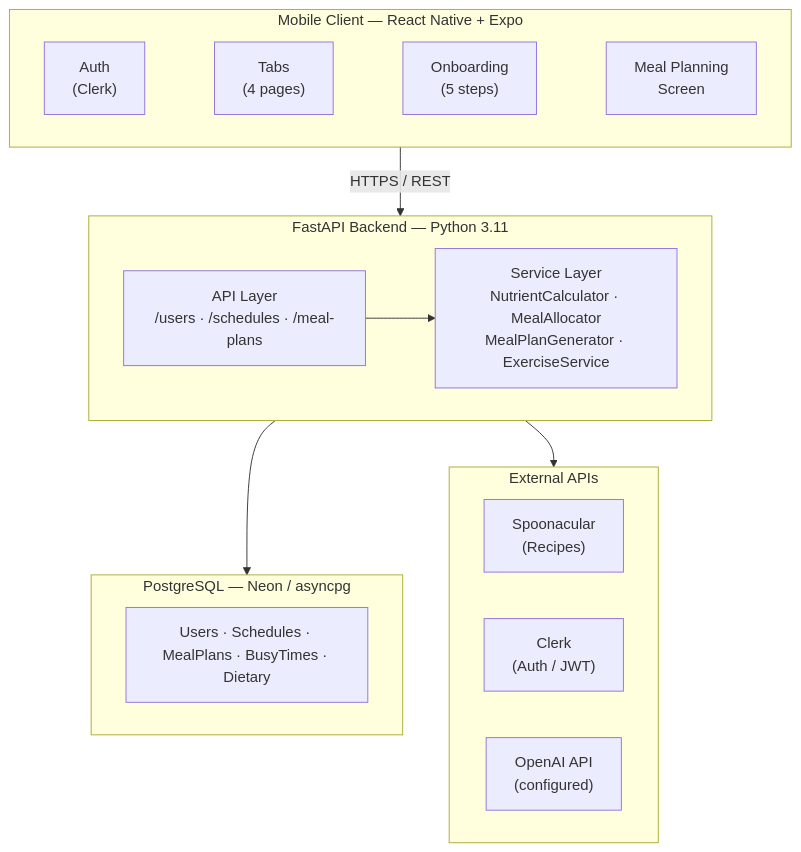
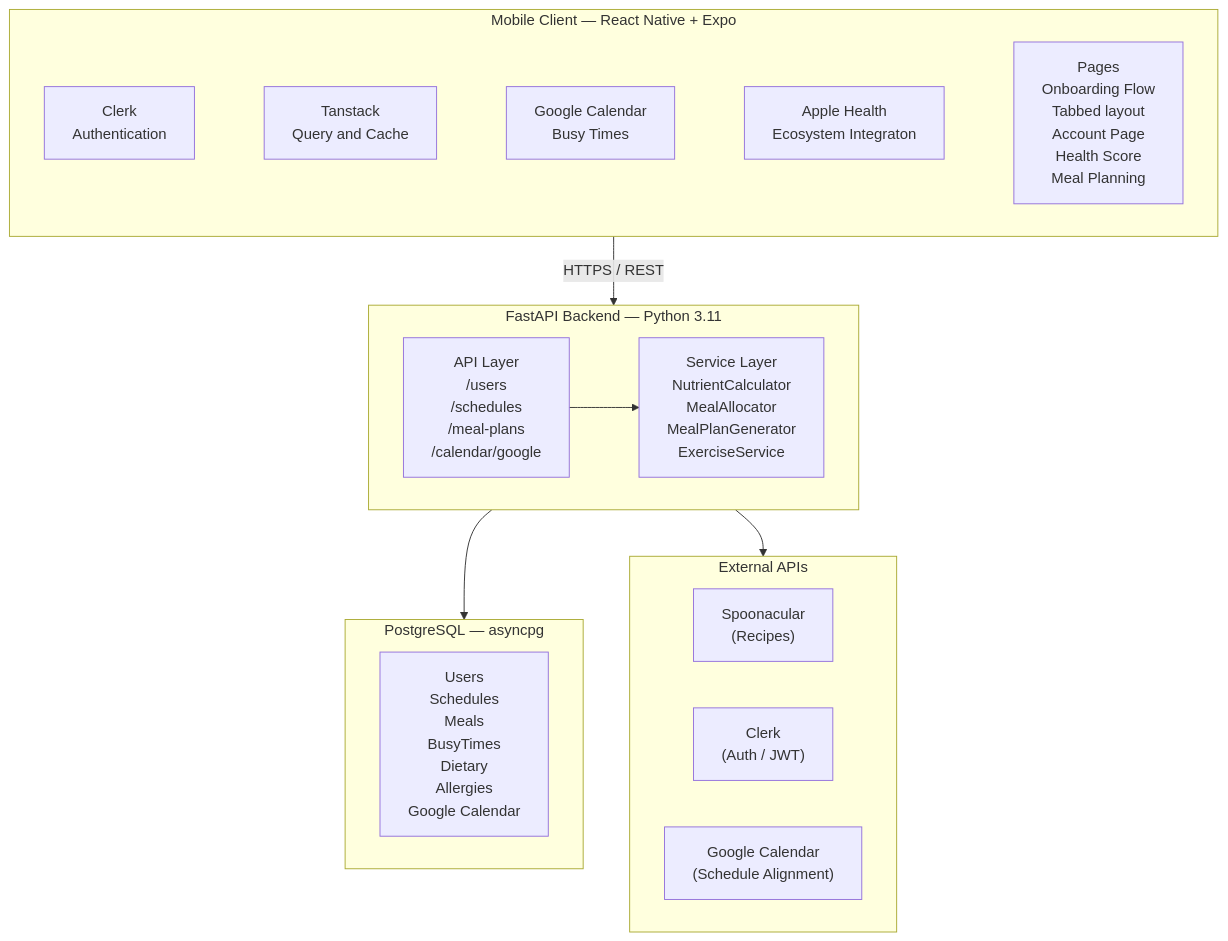
The first of 3 diagrams in docs/ARCHITECTURE.md (emersonmaddock/sophros), drawn with Mermaid before and after one commit. The commit also changed 1 other file, not shown here.

Commit message:
docs: Update architecture and make db diagram

````diff
--- a/docs/ARCHITECTURE.md
+++ b/docs/ARCHITECTURE.md
@@ -13,28 +13,28 @@
 ```mermaid
 graph TD
     subgraph Client["Mobile&nbsp;Client&nbsp;—&nbsp;React&nbsp;Native&nbsp;+&nbsp;Expo"]
         direction LR
-        Auth["Auth<br/>(Clerk)"] ~~~ Tabs["Tabs<br/>(4 pages)"] ~~~ Onboarding["Onboarding<br/>(5 steps)"] ~~~ MealPlan["Meal Planning<br/>Screen"]
+        Auth["Clerk<br/>Authentication"] ~~~ Query["Tanstack<br/>Query and Cache"] ~~~ Calendar["Google Calendar<br/>Busy Times"] ~~~ AppleHealth["Apple Health<br/>Ecosystem Integraton"] ~~~ Visual["Pages<br/>Onboarding Flow<br/>Tabbed layout<br/>Account Page<br/>Health Score<br/>Meal Planning<br/>"]
     end
 
     Client -- "HTTPS / REST" --> Backend
 
     subgraph Backend["FastAPI&nbsp;Backend&nbsp;—&nbsp;Python&nbsp;3.11"]
-        API["API Layer<br/>/users · /schedules · /meal-plans"]
-        API --> Services["Service Layer<br/>NutrientCalculator · MealAllocator<br/>MealPlanGenerator · ExerciseService"]
+        API["API Layer<br/>/users<br/>/schedules<br/>/meal-plans<br/>/calendar/google"]
+        API --> Services["Service Layer<br/>NutrientCalculator<br/> MealAllocator<br/>MealPlanGenerator<br/>ExerciseService"]
     end
 
     Backend --> DB
     Backend --> External
 
-    subgraph DB["PostgreSQL&nbsp;—&nbsp;Neon&nbsp;/&nbsp;asyncpg"]
-        Tables["Users · Schedules · MealPlans · BusyTimes · Dietary"]
+    subgraph DB["PostgreSQL&nbsp;—&nbsp;asyncpg"]
+        Tables["Users<br/>Schedules<br/>Meals<br/>BusyTimes<br/>Dietary<br/>Allergies<br/>Google Calendar"]
     end
 
     subgraph External["External APIs"]
         direction LR
         Spoonacular["Spoonacular<br/>(Recipes)"]
         Clerk["Clerk<br/>(Auth / JWT)"]
-        OpenAI["OpenAI API<br/>(configured)"]
+        CalendarAPI["Google Calendar<br/>(Schedule Alignment)"]
     end
 ```
````
